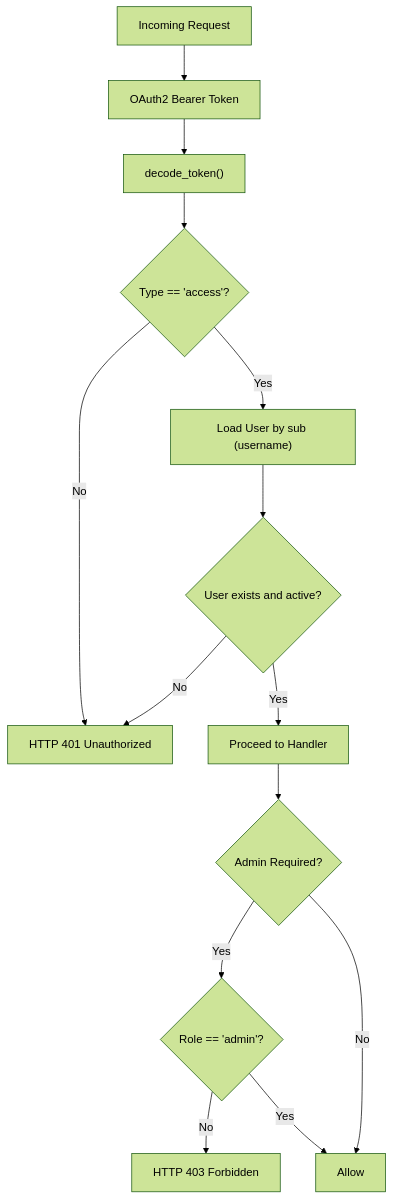
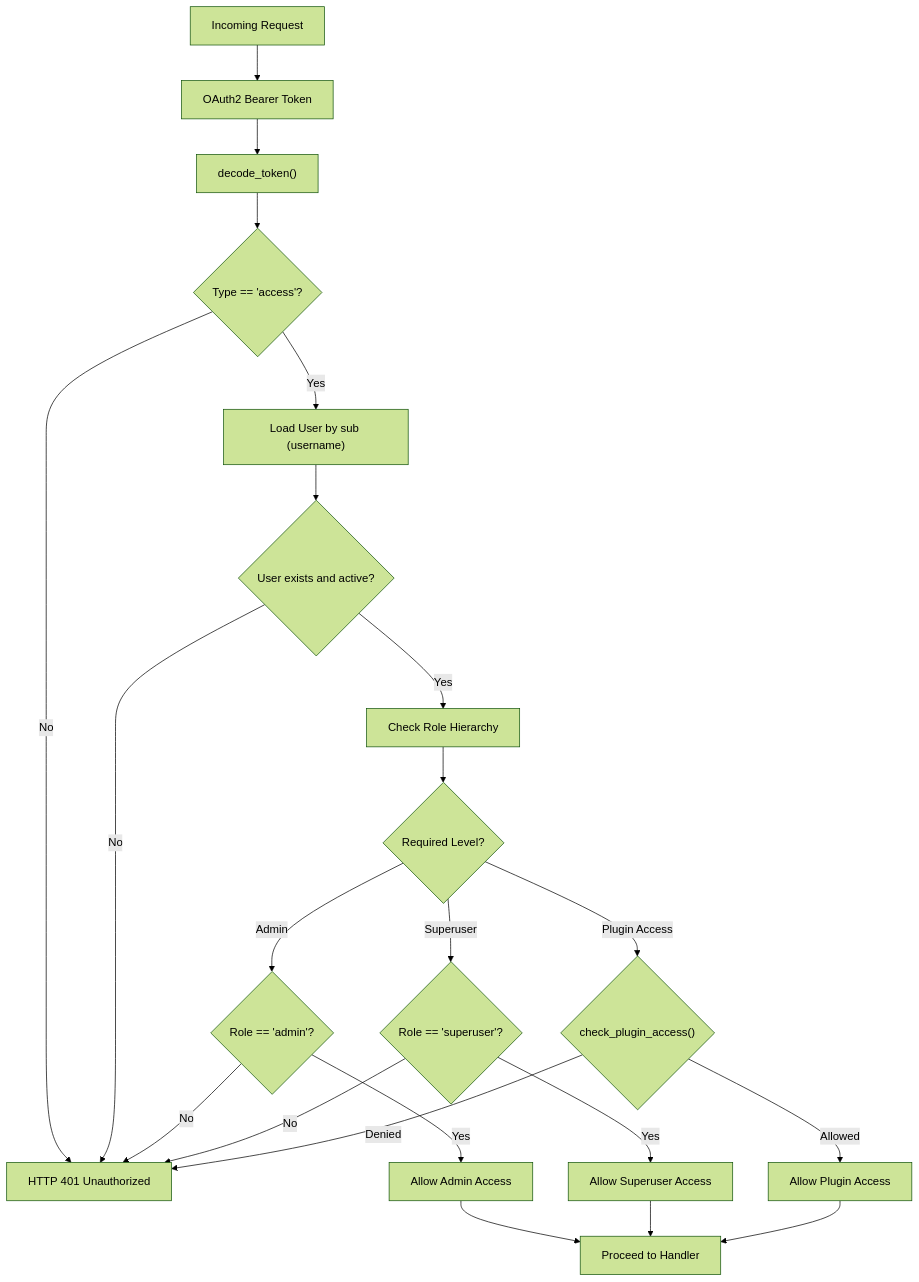
The sixth of 9 diagrams in .qoder/repowiki/en/content/Authentication & Authorization System/Authentication & Authorization System.md (Nikita5543/New-SSO-02), drawn with Mermaid (forest theme) before and after one commit. The commit also changed other lines of this file and 4 other files, not shown here.

````diff
--- a/.qoder/repowiki/en/content/Authentication & Authorization System/Authentication & Authorization System.md
+++ b/.qoder/repowiki/en/content/Authentication & Authorization System/Authentication & Authorization System.md
@@ -293,16 +370,24 @@
 ```mermaid
 flowchart TD
 A["Incoming Request"] --> B["OAuth2 Bearer Token"]
 B --> C["decode_token()"]
 C --> D{"Type == 'access'?"}
 D --> |No| E["HTTP 401 Unauthorized"]
 D --> |Yes| F["Load User by sub (username)"]
 F --> G{"User exists and active?"}
 G --> |No| E
-G --> |Yes| H["Proceed to Handler"]
-H --> I{"Admin Required?"}
-I --> |Yes| J{"Role == 'admin'?"}
-J --> |No| K["HTTP 403 Forbidden"]
-J --> |Yes| L["Allow"]
-I --> |No| L
+G --> |Yes| H["Check Role Hierarchy"]
+H --> I{"Required Level?"}
+I --> |Admin| J{"Role == 'admin'?"}
+I --> |Superuser| K{"Role == 'superuser'?"}
+I --> |Plugin Access| L{"check_plugin_access()"}
+J --> |No| E
+J --> |Yes| M["Allow Admin Access"]
+K --> |No| E
+K --> |Yes| N["Allow Superuser Access"]
+L --> |Denied| E
+L --> |Allowed| O["Allow Plugin Access"]
+M --> P["Proceed to Handler"]
+N --> P
+O --> P
 ```
````
